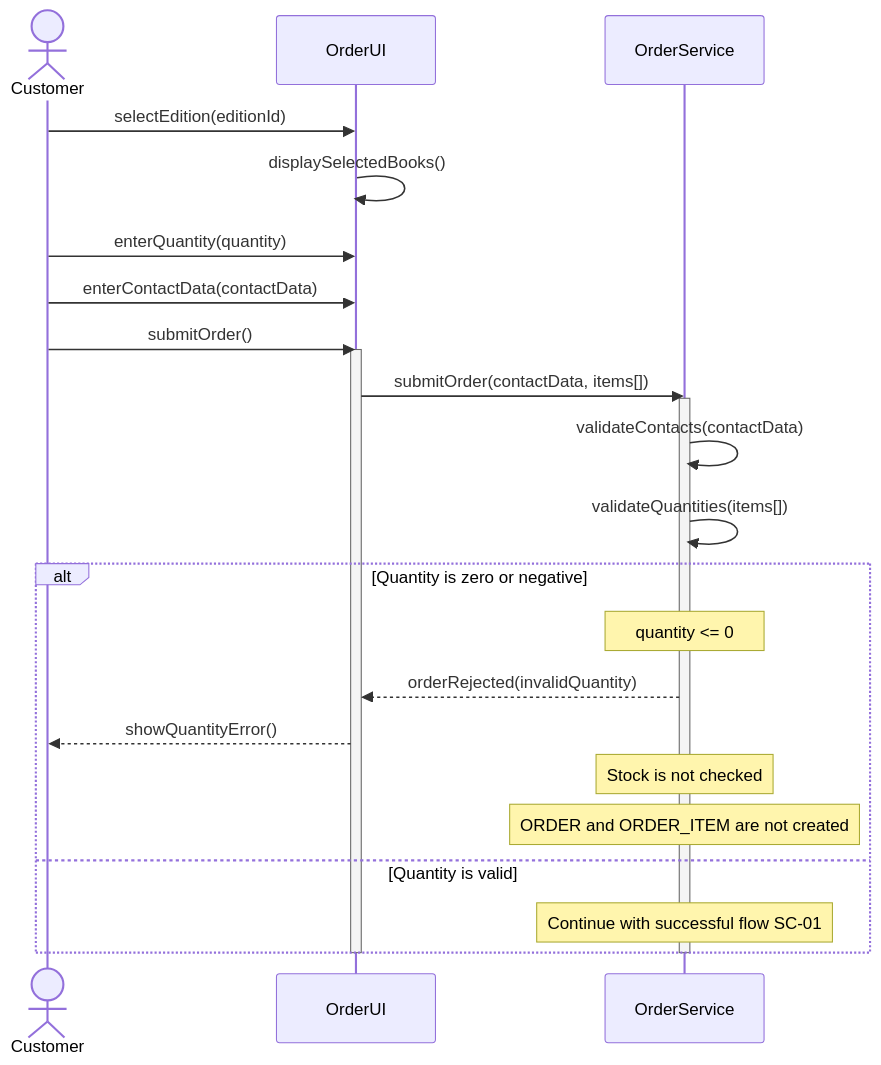
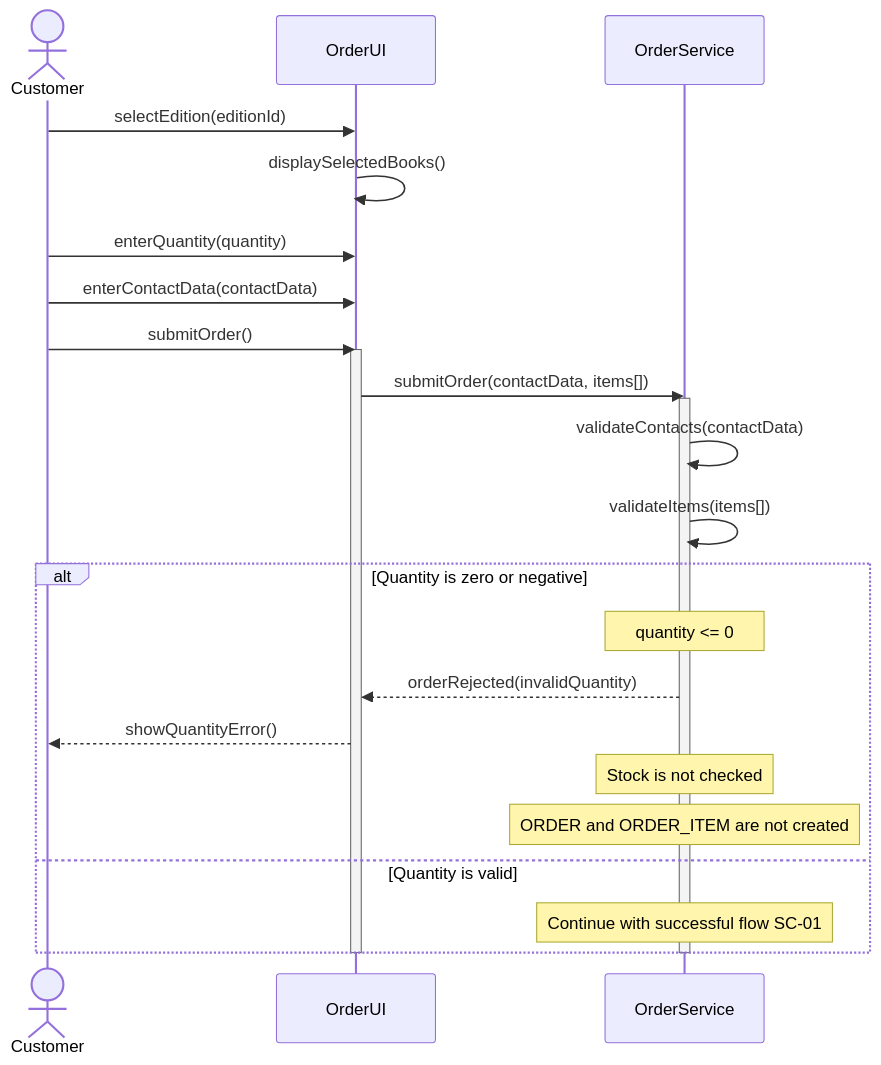
Before and after one commit to LilG3ra/MAVPZ: the diagram in task-3-sequence-diagram/diagrams/SC-03.mmd, drawn with Mermaid.

Commit message:
fix: Виправила SC-03.mmd
1. Замінила validateQuantities(items[]) на validateItems(items[]) для узгодження перевірки позицій замовлення зі SC-01 та SC-02.
2. Уточнила назву операції валідації, яка відповідає за перевірку коректності позицій замовлення.
3. Зберегла умову quantity <= 0 для виявлення недопустимої кількості примірників.
4. Залишила обробку помилки invalidQuantity без перевірки залишків і створення ORDER та ORDER_ITEM.
5. Зберегла учасників, return-повідомлення, activation bars і комбінований фрагмент alt без змін.

```diff
--- a/task-3-sequence-diagram/diagrams/SC-03.mmd
+++ b/task-3-sequence-diagram/diagrams/SC-03.mmd
@@ -1,30 +1,30 @@
 sequenceDiagram
     actor Customer as Customer
     participant UI as OrderUI
     participant OrderService as OrderService
 
     Customer->>UI: selectEdition(editionId)
     UI->>UI: displaySelectedBooks()
     Customer->>UI: enterQuantity(quantity)
     Customer->>UI: enterContactData(contactData)
     Customer->>UI: submitOrder()
     activate UI
 
     UI->>OrderService: submitOrder(contactData, items[])
     activate OrderService
 
     OrderService->>OrderService: validateContacts(contactData)
-    OrderService->>OrderService: validateQuantities(items[])
+    OrderService->>OrderService: validateItems(items[])
 
     alt Quantity is zero or negative
         Note over OrderService: quantity <= 0
         OrderService-->>UI: orderRejected(invalidQuantity)
         UI-->>Customer: showQuantityError()
         Note over OrderService: Stock is not checked
         Note over OrderService: ORDER and ORDER_ITEM are not created
     else Quantity is valid
         Note over OrderService: Continue with successful flow SC-01
     end
 
     deactivate OrderService
     deactivate UI
```
